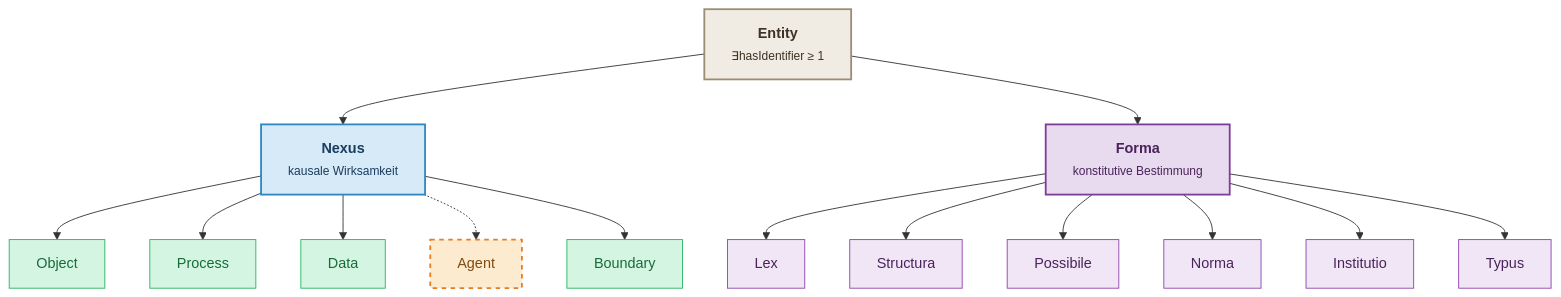
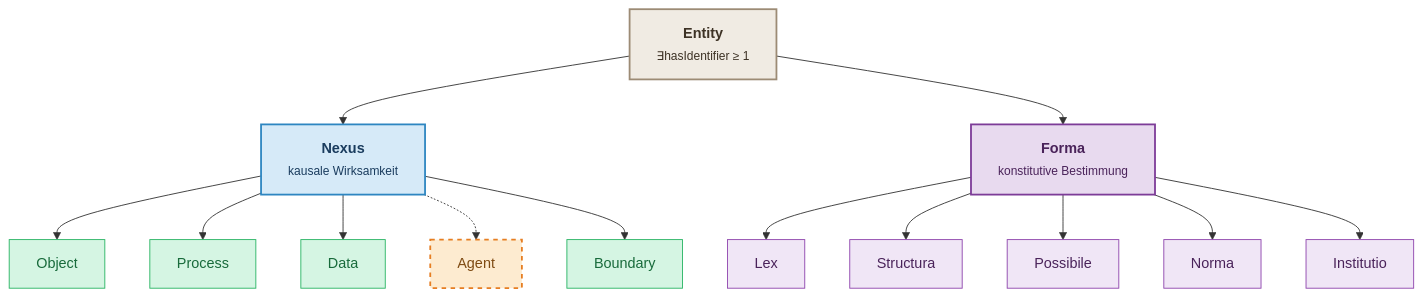
The diagram in docs/min_hierarchy.mmd (lepy/min-ontology), drawn with Mermaid before and after one commit. The commit also changed other lines of this file and 2 other files, not shown here.

Commit message:
Update min hierarchy diagram for v3.7.1

````diff
--- a/docs/min_hierarchy.mmd
+++ b/docs/min_hierarchy.mmd
@@ -1,53 +1,50 @@
 ```mermaid
 graph TD
     Entity["<b>Entity</b><br/><small>∃hasIdentifier ≥ 1</small>"]
     
     Nexus["<b>Nexus</b><br/><small>kausale Wirksamkeit</small>"]
     Forma["<b>Forma</b><br/><small>konstitutive Bestimmung</small>"]
 
     Object["Object"]
     Process["Process"]
     Data["Data"]
     Agent["Agent"]
     Boundary["Boundary"]
 
     Lex["Lex"]
     Structura["Structura"]
     Possibile["Possibile"]
     Norma["Norma"]
     Institutio["Institutio"]
-    Typus["Typus"]
 
     Entity --> Nexus
     Entity --> Forma
 
     Nexus --> Object
     Nexus --> Process
     Nexus --> Data
     Nexus -.-> Agent
     Nexus --> Boundary
 
     Forma --> Lex
     Forma --> Structura
     Forma --> Possibile
     Forma --> Norma
     Forma --> Institutio
-    Forma --> Typus
 
     style Entity fill:#f0ebe3,stroke:#9c8b75,color:#3d3225,stroke-width:2px
     style Nexus fill:#d6eaf8,stroke:#2e86c1,color:#1a3c5e,stroke-width:2px
     style Forma fill:#e8daef,stroke:#7d3c98,color:#4a235a,stroke-width:2px
     
     style Object fill:#d5f5e3,stroke:#28b463,color:#186a3b
     style Process fill:#d5f5e3,stroke:#28b463,color:#186a3b
     style Data fill:#d5f5e3,stroke:#28b463,color:#186a3b
     style Boundary fill:#d5f5e3,stroke:#28b463,color:#186a3b
     style Agent fill:#fdebd0,stroke:#e67e22,color:#7e4a12,stroke-width:2px,stroke-dasharray: 5 5
 
     style Lex fill:#f0e6f6,stroke:#8e44ad,color:#4a235a
     style Structura fill:#f0e6f6,stroke:#8e44ad,color:#4a235a
     style Possibile fill:#f0e6f6,stroke:#8e44ad,color:#4a235a
     style Norma fill:#f0e6f6,stroke:#8e44ad,color:#4a235a
     style Institutio fill:#f0e6f6,stroke:#8e44ad,color:#4a235a
-    style Typus fill:#f0e6f6,stroke:#8e44ad,color:#4a235a
 ```
````
